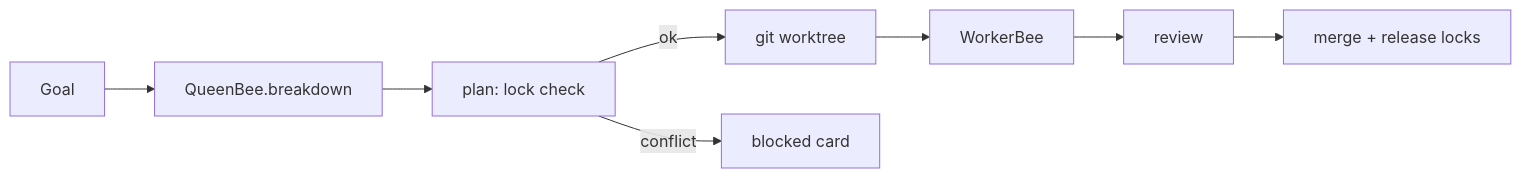
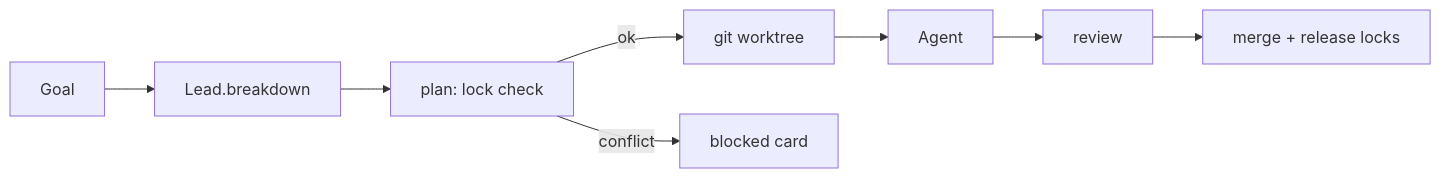
The second of 2 diagrams in README.md (soumyachk101/swarm), drawn with Mermaid before and after one commit. The commit also changed other lines of this file and 557 other files, not shown here.

````diff
--- a/README.md
+++ b/README.md
@@ -54,8 +54,8 @@
 ```mermaid
 graph LR
-    G[Goal] --> BD[QueenBee.breakdown]
+    G[Goal] --> BD[Lead.breakdown]
     BD --> PL[plan: lock check]
-    PL -->|ok| WT[git worktree] --> BEE[WorkerBee]
+    PL -->|ok| WT[git worktree] --> SWARM[Agent]
     PL -->|conflict| BLK[blocked card]
-    BEE --> RV[review] --> MG[merge + release locks]
+    SWARM --> RV[review] --> MG[merge + release locks]
 ```
````
